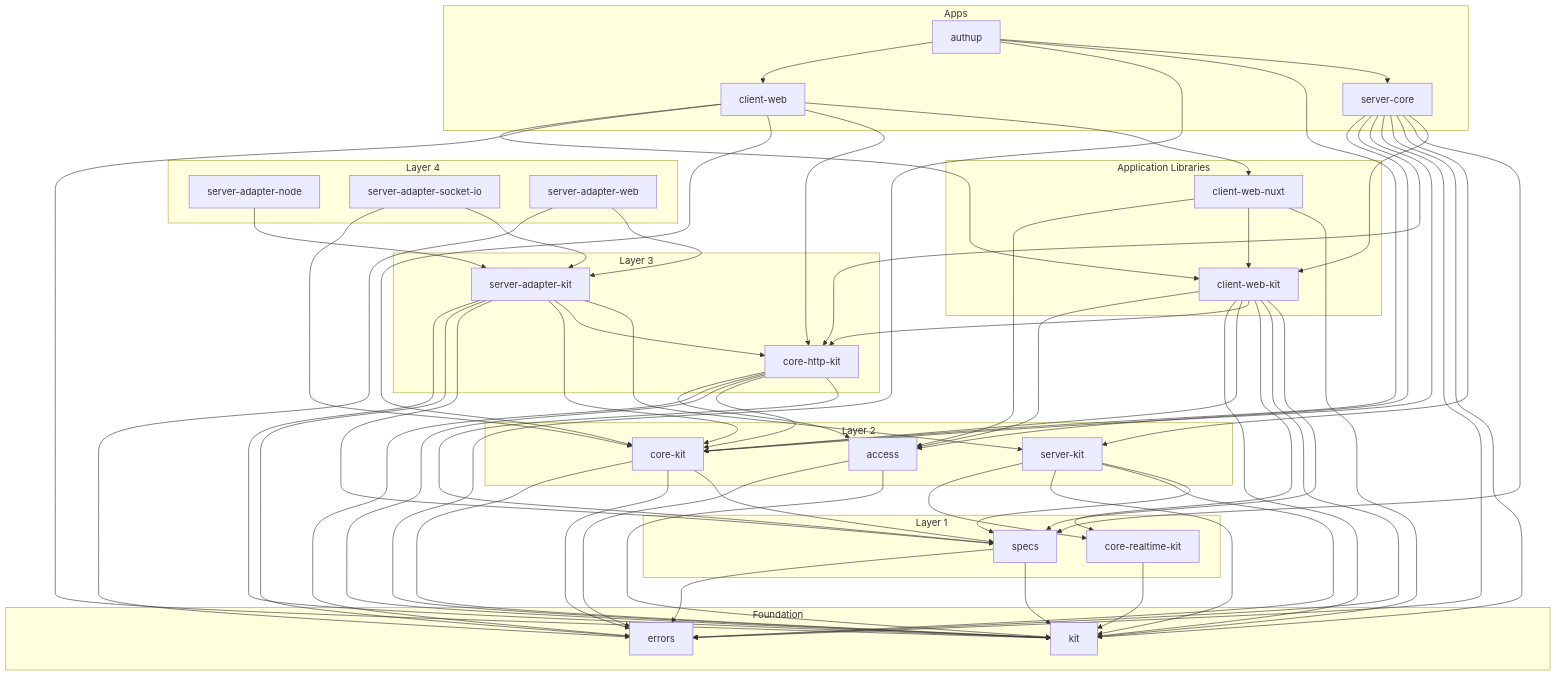
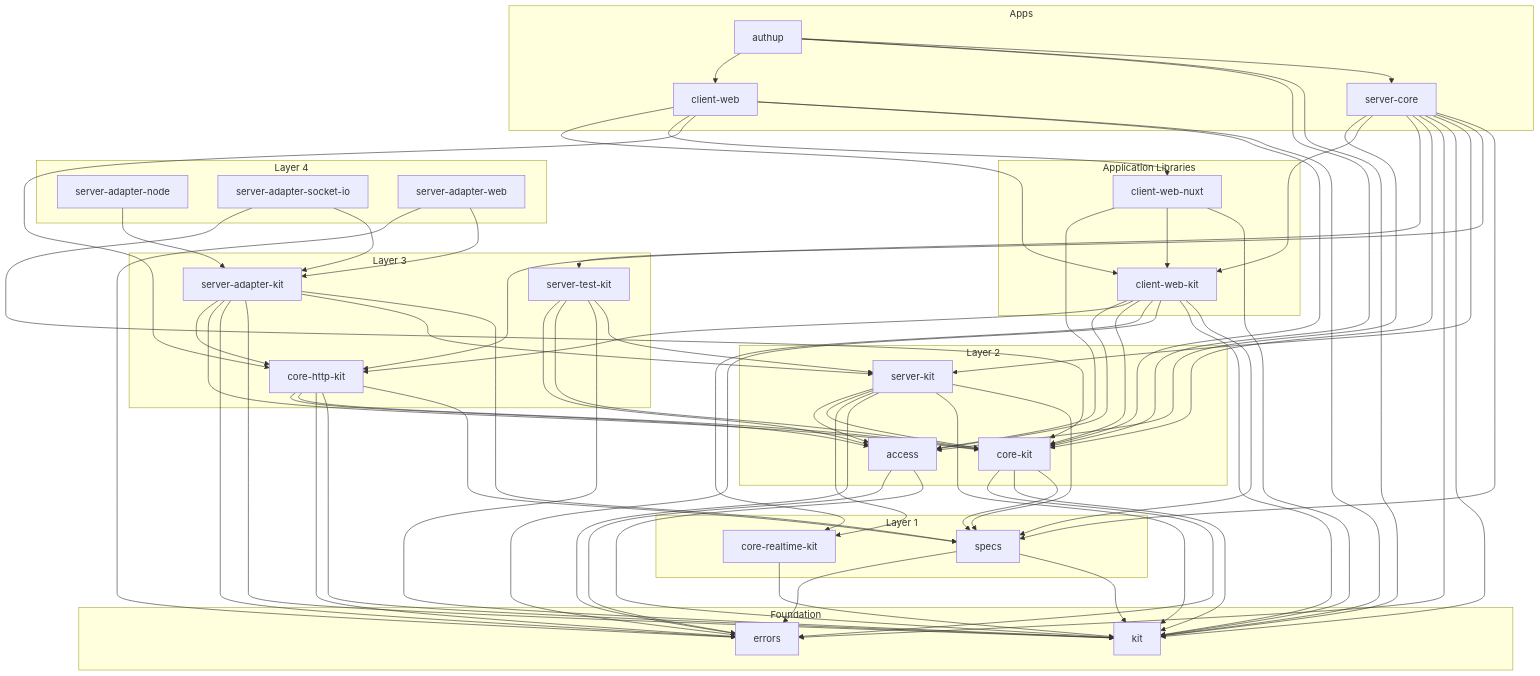
One commit to authup/authup changed the diagram in DEPENDENCY_GRAPH.md. Above: the diagram before and after it, drawn with Mermaid. The commit also changed 152 other files, not shown here.

First line of the commit message:
refactor: extract shared core types to kit and server-kit (#3044)

````diff
--- a/DEPENDENCY_GRAPH.md
+++ b/DEPENDENCY_GRAPH.md
@@ -23,6 +23,7 @@
     subgraph Layer 3
         core-http-kit
         server-adapter-kit
+        server-test-kit
     end
 
     subgraph Layer 4
@@ -52,26 +53,32 @@
     %% Layer 2
     access --> errors
     access --> kit
+    core-kit --> errors
     core-kit --> kit
-    core-kit --> errors
     core-kit --> specs
+    server-kit --> access
+    server-kit --> core-kit
     server-kit --> core-realtime-kit
+    server-kit --> errors
     server-kit --> kit
-    server-kit --> errors
     server-kit --> specs
 
     %% Layer 3
     core-http-kit --> access
+    core-http-kit --> core-kit
     core-http-kit --> errors
     core-http-kit --> kit
-    core-http-kit --> core-kit
     core-http-kit --> specs
+    server-adapter-kit --> core-http-kit
+    server-adapter-kit --> core-kit
+    server-adapter-kit --> errors
     server-adapter-kit --> kit
-    server-adapter-kit --> errors
+    server-adapter-kit --> server-kit
     server-adapter-kit --> specs
-    server-adapter-kit --> core-kit
-    server-adapter-kit --> core-http-kit
-    server-adapter-kit --> server-kit
+    server-test-kit --> access
+    server-test-kit --> core-kit
+    server-test-kit --> kit
+    server-test-kit --> server-kit
 
     %% Layer 4
     server-adapter-node --> server-adapter-kit
@@ -82,11 +89,11 @@
 
     %% Application Libraries
     client-web-kit --> access
-    client-web-kit --> kit
+    client-web-kit --> core-http-kit
     client-web-kit --> core-kit
-    client-web-kit --> core-http-kit
     client-web-kit --> core-realtime-kit
     client-web-kit --> errors
+    client-web-kit --> kit
     client-web-kit --> specs
     client-web-nuxt --> access
     client-web-nuxt --> client-web-kit
@@ -94,20 +101,21 @@
 
     %% Apps
     server-core --> access
+    server-core --> client-web-kit
     server-core --> core-http-kit
     server-core --> core-kit
     server-core --> errors
     server-core --> kit
     server-core --> server-kit
+    server-core --> server-test-kit
     server-core --> specs
-    server-core --> client-web-kit
     client-web --> client-web-kit
+    client-web --> client-web-nuxt
+    client-web --> core-http-kit
+    client-web --> core-kit
     client-web --> kit
-    client-web --> core-kit
-    client-web --> core-http-kit
-    client-web --> client-web-nuxt
     authup --> client-web
+    authup --> core-kit
     authup --> kit
-    authup --> core-kit
     authup --> server-core
 ```
````
